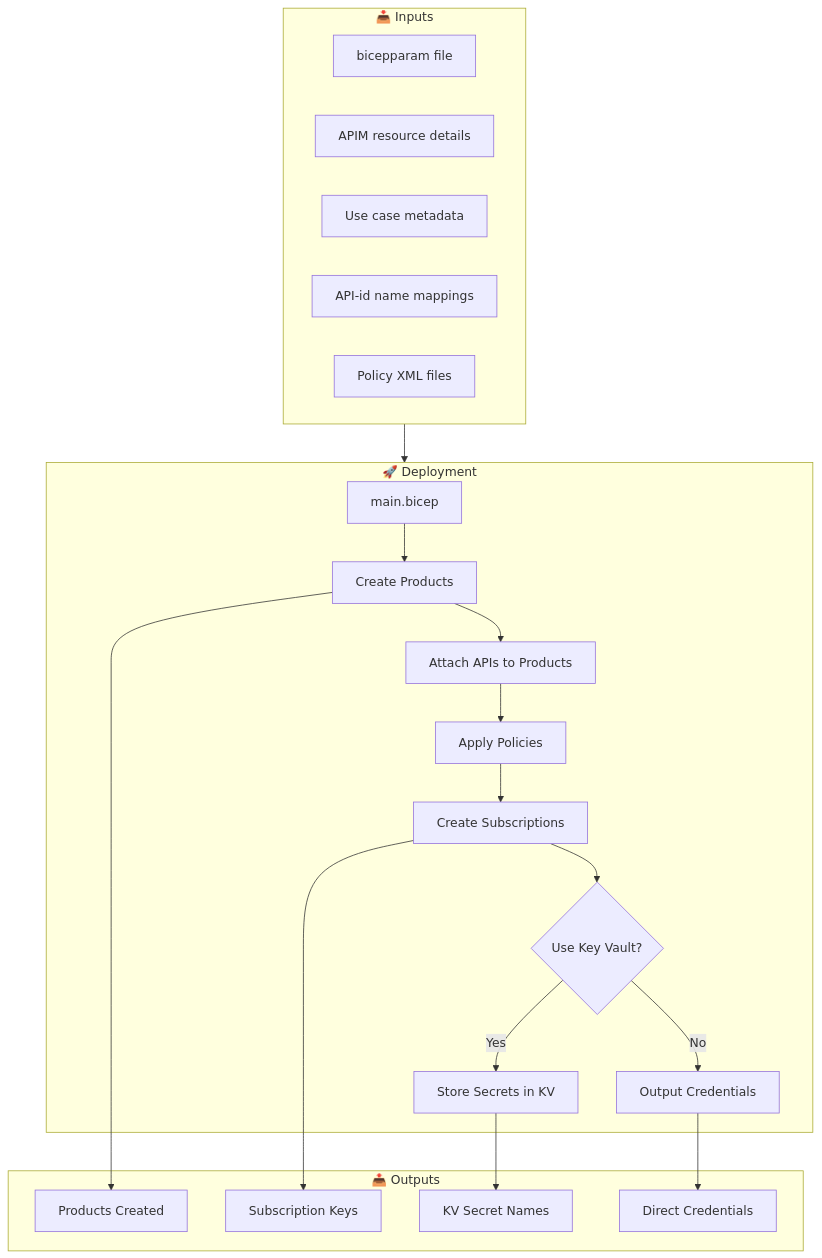
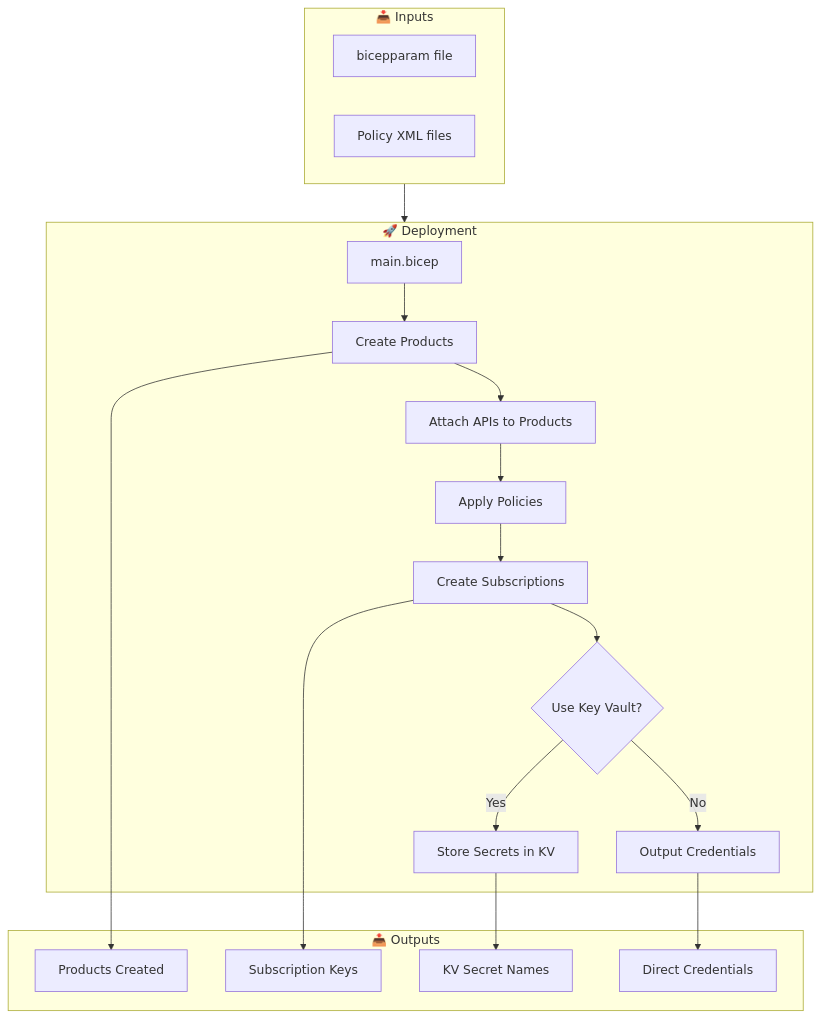
Before and after one commit to MSBrett/ai-hub-gateway-solution-accelerator: the first of 2 diagrams in bicep/infra/citadel-access-contracts/README.md, drawn with Mermaid. The commit also changed other lines of this file and 5 other files, not shown here.

````diff
--- a/bicep/infra/citadel-access-contracts/README.md
+++ b/bicep/infra/citadel-access-contracts/README.md
@@ -50,35 +52,32 @@
 ```mermaid
 flowchart TB
     subgraph Input["📥 Inputs"]
         P1[bicepparam file]
-        P2[APIM resource details]
-        P3[Use case metadata]
-        P4[API-id name mappings]
         P5[Policy XML files]
     end
 
     subgraph Deploy["🚀 Deployment"]
         D1[main.bicep]
         D2[Create Products]
         D3[Attach APIs to Products]
         D4[Apply Policies]
         D5[Create Subscriptions]
         D6{Use Key Vault?}
         D7[Store Secrets in KV]
         D8[Output Credentials]
     end
 
     subgraph Output["📤 Outputs"]
         O1[Products Created]
         O2[Subscription Keys]
         O3[KV Secret Names]
         O4[Direct Credentials]
     end
 
     Input --> Deploy
     D1 --> D2 --> D3 --> D4 --> D5 --> D6
     D6 -->|Yes| D7 --> O3
     D6 -->|No| D8 --> O4
     D2 --> O1
     D5 --> O2
 ```
````
